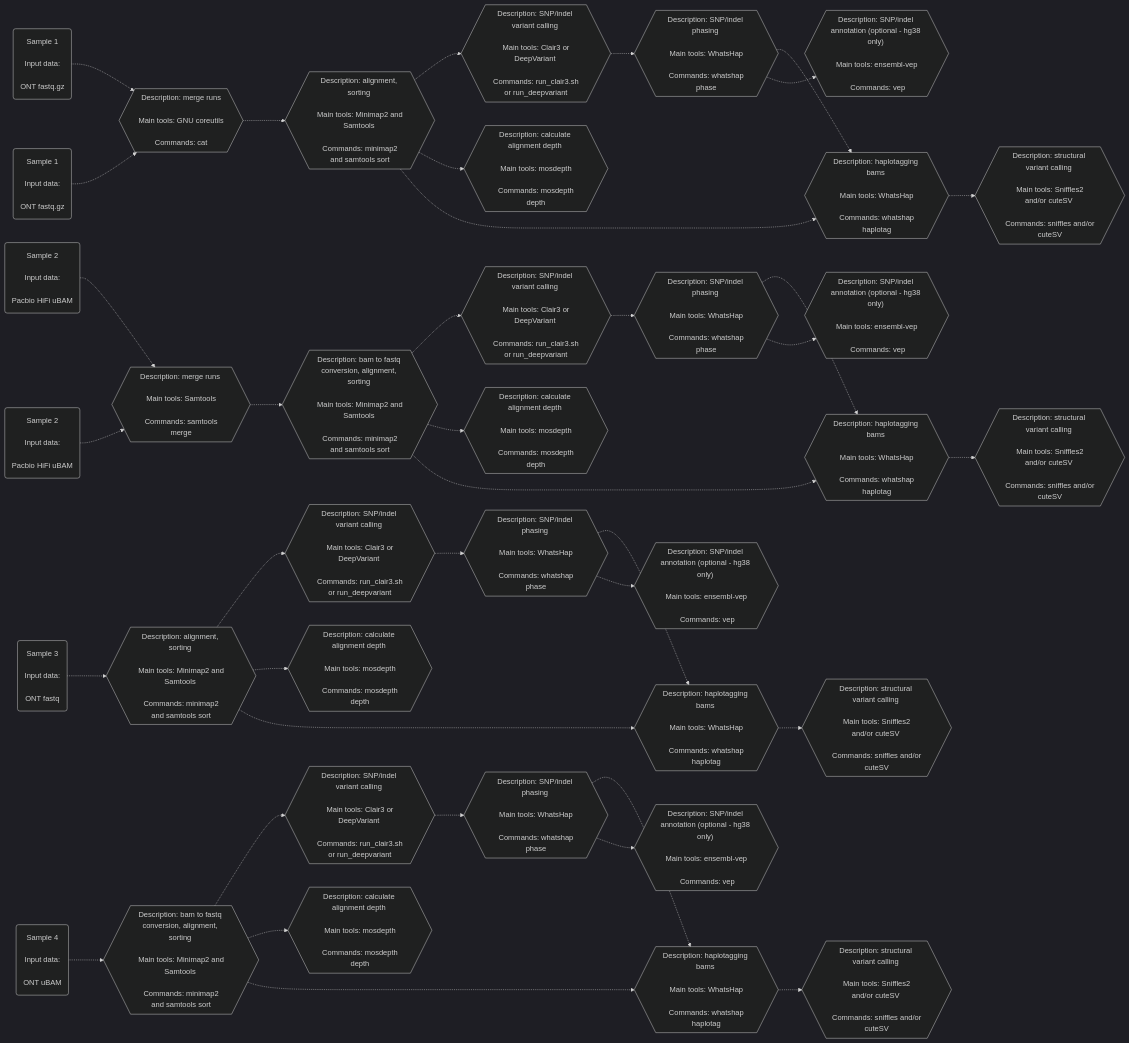
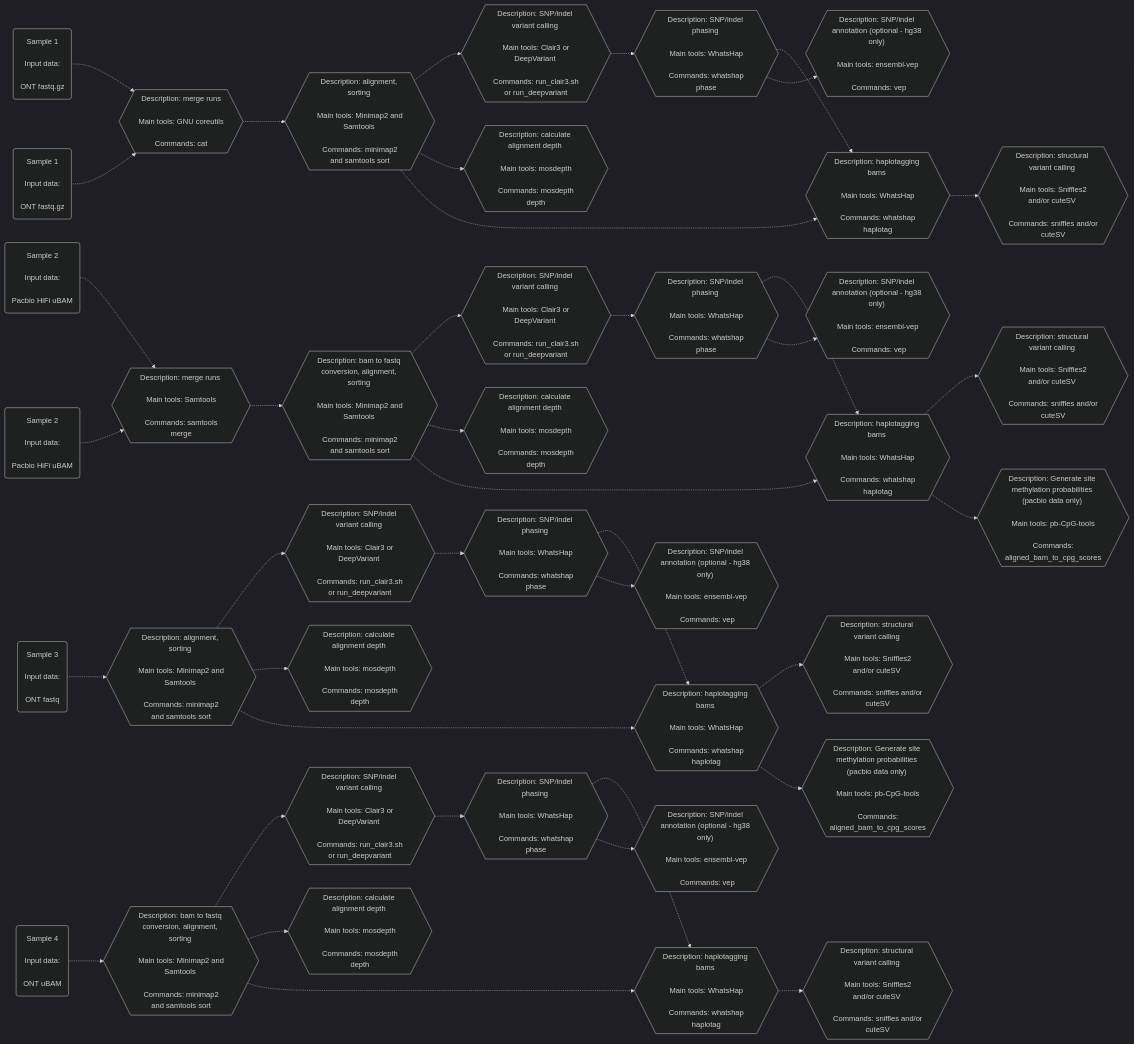
Before and after one commit to leahkemp/pipeface: the second of 2 diagrams in README.md, drawn with Mermaid. The commit also changed other lines of this file and 1 other file, not shown here.

````diff
--- a/README.md
+++ b/README.md
@@ -39,73 +41,79 @@
 ```mermaid
 %%{init: {'theme':'dark'}}%%
 flowchart LR
 
 ont_data_f1("Sample 1 <br><br> Input data: <br><br> ONT fastq.gz")
 ont_data_f2("Sample 1 <br><br> Input data: <br><br> ONT fastq.gz")
 pacbio_data_f3("Sample 2 <br><br> Input data: <br><br> Pacbio HiFi uBAM")
 pacbio_data_f4("Sample 2 <br><br> Input data: <br><br> Pacbio HiFi uBAM")
 ont_data_f5("Sample 3 <br><br> Input data: <br><br> ONT fastq")
 ont_data_f6("Sample 4 <br><br> Input data: <br><br> ONT uBAM")
 
 merging_m1{{"Description: merge runs <br><br> Main tools: GNU coreutils <br><br> Commands: cat"}}
 merging_m2{{"Description: merge runs <br><br> Main tools: Samtools <br><br> Commands: samtools merge"}}
 
 alignment_s1{{"Description: alignment, sorting <br><br> Main tools: Minimap2 and Samtools <br><br> Commands: minimap2 and samtools sort"}}
 alignment_s2{{"Description: alignment, sorting <br><br> Main tools: Minimap2 and Samtools <br><br> Commands: minimap2 and samtools sort"}}
 alignment_s3{{"Description: bam to fastq conversion, alignment, sorting <br><br> Main tools: Minimap2 and Samtools <br><br> Commands: minimap2 and samtools sort"}}
 alignment_s4{{"Description: bam to fastq conversion, alignment, sorting <br><br> Main tools: Minimap2 and Samtools <br><br> Commands: minimap2 and samtools sort"}}
 
 depth_s1{{"Description: calculate alignment depth <br><br> Main tools: mosdepth <br><br> Commands: mosdepth depth"}}
 depth_s2{{"Description: calculate alignment depth <br><br> Main tools: mosdepth <br><br> Commands: mosdepth depth"}}
 depth_s3{{"Description: calculate alignment depth <br><br> Main tools: mosdepth <br><br> Commands: mosdepth depth"}}
 depth_s4{{"Description: calculate alignment depth <br><br> Main tools: mosdepth <br><br> Commands: mosdepth depth"}}
 
 snp_indel_calling_s1{{"Description: SNP/indel variant calling <br><br> Main tools: Clair3 or DeepVariant <br><br> Commands: run_clair3.sh or run_deepvariant"}}
 snp_indel_calling_s2{{"Description: SNP/indel variant calling <br><br> Main tools: Clair3 or DeepVariant <br><br> Commands: run_clair3.sh or run_deepvariant"}}
 snp_indel_calling_s3{{"Description: SNP/indel variant calling <br><br> Main tools: Clair3 or DeepVariant <br><br> Commands: run_clair3.sh or run_deepvariant"}}
 snp_indel_calling_s4{{"Description: SNP/indel variant calling <br><br> Main tools: Clair3 or DeepVariant <br><br> Commands: run_clair3.sh or run_deepvariant"}}
 
 snp_indel_phasing_s1{{"Description: SNP/indel phasing <br><br> Main tools: WhatsHap <br><br> Commands: whatshap phase"}}
 snp_indel_phasing_s2{{"Description: SNP/indel phasing <br><br> Main tools: WhatsHap <br><br> Commands: whatshap phase"}}
 snp_indel_phasing_s3{{"Description: SNP/indel phasing <br><br> Main tools: WhatsHap <br><br> Commands: whatshap phase"}}
 snp_indel_phasing_s4{{"Description: SNP/indel phasing <br><br> Main tools: WhatsHap <br><br> Commands: whatshap phase"}}
 
 snp_indel_annotation_s1{{"Description: SNP/indel annotation (optional - hg38 only)" <br><br> Main tools: ensembl-vep <br><br> Commands: vep}}
 snp_indel_annotation_s2{{"Description: SNP/indel annotation (optional - hg38 only)" <br><br> Main tools: ensembl-vep <br><br> Commands: vep}}
 snp_indel_annotation_s3{{"Description: SNP/indel annotation (optional - hg38 only)" <br><br> Main tools: ensembl-vep <br><br> Commands: vep}}
 snp_indel_annotation_s4{{"Description: SNP/indel annotation (optional - hg38 only)" <br><br> Main tools: ensembl-vep <br><br> Commands: vep}}
 
 haplotagging_s1{{"Description: haplotagging bams <br><br> Main tools: WhatsHap <br><br> Commands: whatshap haplotag"}}
 haplotagging_s2{{"Description: haplotagging bams <br><br> Main tools: WhatsHap <br><br> Commands: whatshap haplotag"}}
 haplotagging_s3{{"Description: haplotagging bams <br><br> Main tools: WhatsHap <br><br> Commands: whatshap haplotag"}}
 haplotagging_s4{{"Description: haplotagging bams <br><br> Main tools: WhatsHap <br><br> Commands: whatshap haplotag"}}
 
+generate_meth_probs_s2{{"Description: Generate site methylation probabilities (pacbio data only) <br><br> Main tools: pb-CpG-tools <br><br> Commands: aligned_bam_to_cpg_scores"}}
+generate_meth_probs_s4{{"Description: Generate site methylation probabilities (pacbio data only) <br><br> Main tools: pb-CpG-tools <br><br> Commands: aligned_bam_to_cpg_scores"}}
+
 sv_calling_s1{{"Description: structural variant calling <br><br> Main tools: Sniffles2 and/or cuteSV <br><br> Commands: sniffles and/or cuteSV"}}
 sv_calling_s2{{"Description: structural variant calling <br><br> Main tools: Sniffles2 and/or cuteSV <br><br> Commands: sniffles and/or cuteSV"}}
 sv_calling_s3{{"Description: structural variant calling <br><br> Main tools: Sniffles2 and/or cuteSV <br><br> Commands: sniffles and/or cuteSV"}}
 sv_calling_s4{{"Description: structural variant calling <br><br> Main tools: Sniffles2 and/or cuteSV <br><br> Commands: sniffles and/or cuteSV"}}
 
 ont_data_f1-.->merging_m1-.->alignment_s1-.->snp_indel_calling_s1-.->snp_indel_phasing_s1-.->haplotagging_s1-.->sv_calling_s1
 ont_data_f2-.->merging_m1
 ont_data_f5-.->alignment_s2-.->snp_indel_calling_s2-.->snp_indel_phasing_s2-.->haplotagging_s2-.->sv_calling_s2
 ont_data_f6-.->alignment_s3-.->snp_indel_calling_s3-.->snp_indel_phasing_s3-.->haplotagging_s3-.->sv_calling_s3
 
 pacbio_data_f3-.->merging_m2-.->alignment_s4-.->snp_indel_calling_s4-.->snp_indel_phasing_s4-.->haplotagging_s4-.->sv_calling_s4
 pacbio_data_f4-.->merging_m2
 
 alignment_s1-.->depth_s1
 alignment_s2-.->depth_s2
 alignment_s3-.->depth_s3
 alignment_s4-.->depth_s4
 
 alignment_s1-.->haplotagging_s1
 alignment_s2-.->haplotagging_s2
 alignment_s3-.->haplotagging_s3
 alignment_s4-.->haplotagging_s4
 
+haplotagging_s2-.->generate_meth_probs_s2
+haplotagging_s4-.->generate_meth_probs_s4
+
 snp_indel_phasing_s1-.->snp_indel_annotation_s1
 snp_indel_phasing_s2-.->snp_indel_annotation_s2
 snp_indel_phasing_s3-.->snp_indel_annotation_s3
 snp_indel_phasing_s4-.->snp_indel_annotation_s4
 
 ```
````
